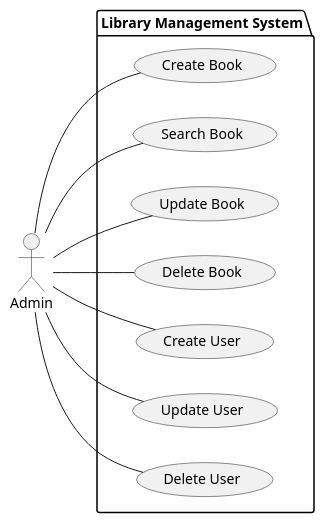
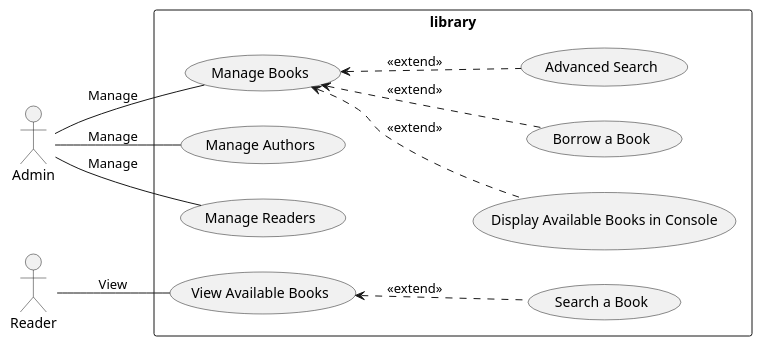
One commit to yahya-Boussakla/POO_SAS_PROJECT changed the diagram in analyse.puml. Above: the diagram before and after it, drawn with PlantUML. The commit also changed 12 other files, not shown here.

```diff
--- a/analyse.puml
+++ b/analyse.puml
@@ -1,24 +1,28 @@
-@startuml Library Management System
+@startuml library
+left to right direction
 
-left to right direction
-actor "Admin" as admin
+actor Admin
+actor Reader
 
-package "Library Management System" {
-  usecase "Create Book" as UC1
-  usecase "Search Book" as UC2
-  usecase "Update Book" as UC3
-  usecase "Delete Book" as UC4
-  usecase "Create User" as UC5
-  usecase "Update User" as UC6
-  usecase "Delete User" as UC7
-  
+rectangle library{
+usecase "Manage Books" as UC_ManageBook
+usecase "View Available Books" as UC_ViewAvailableBooks
+usecase "Advanced Search" as UC_AdvancedSearch
+usecase "Search a Book" as UC_SearchBook
+usecase "Display Available Books in Console" as UC_DisplayBooksConsole
+usecase "Borrow a Book" as UC_BorrowBook
+usecase "Manage Authors" as UC_ManageAuthors
+usecase "Manage Readers" as UC_ManageReaders
 }
 
-admin -- UC1
-admin -- UC2
-admin -- UC3
-admin -- UC4
-admin -- UC5
-admin -- UC6
-admin -- UC7
+UC_ViewAvailableBooks  <.. UC_SearchBook : <<extend>>
+UC_ManageBook <.. UC_AdvancedSearch : <<extend>>
+UC_ManageBook <.. UC_DisplayBooksConsole : <<extend>>
+UC_ManageBook <.. UC_BorrowBook: <<extend>>
+
+Admin -- UC_ManageBook : "Manage"
+Admin -- UC_ManageAuthors : "Manage"
+Admin -- UC_ManageReaders : "Manage"
+
+Reader -- UC_ViewAvailableBooks : "View"
 @enduml
```
